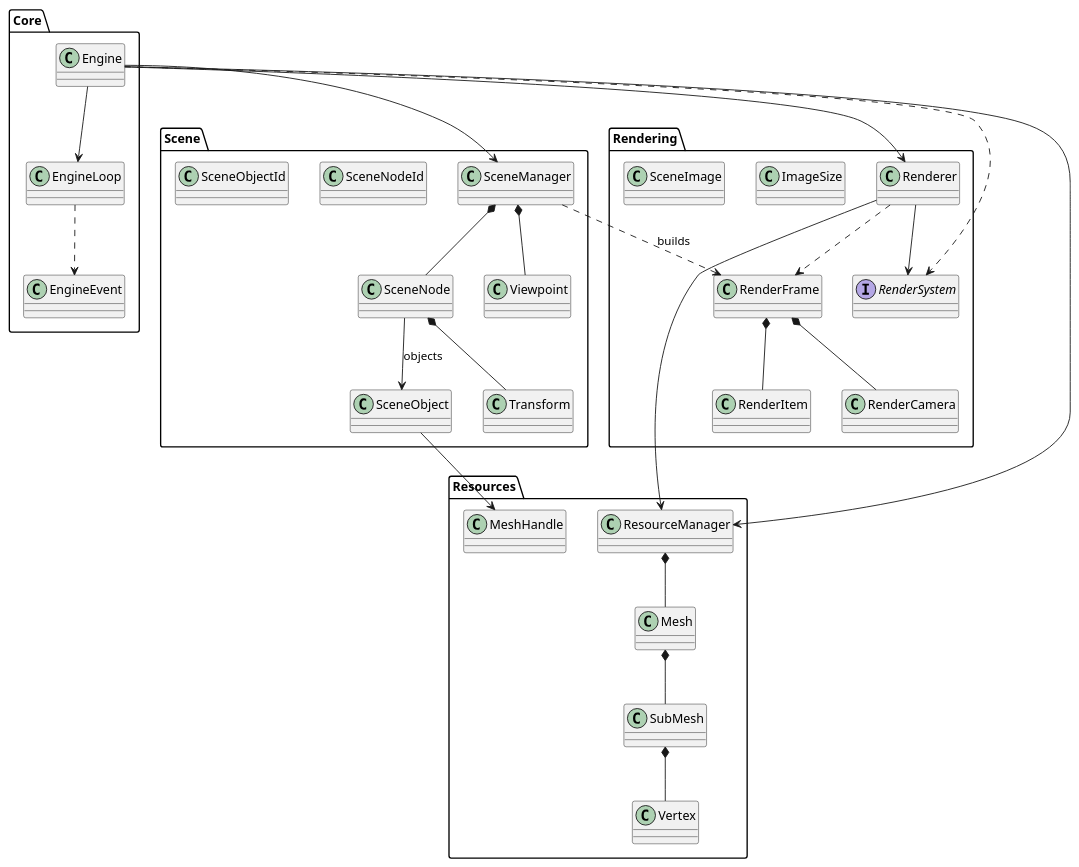
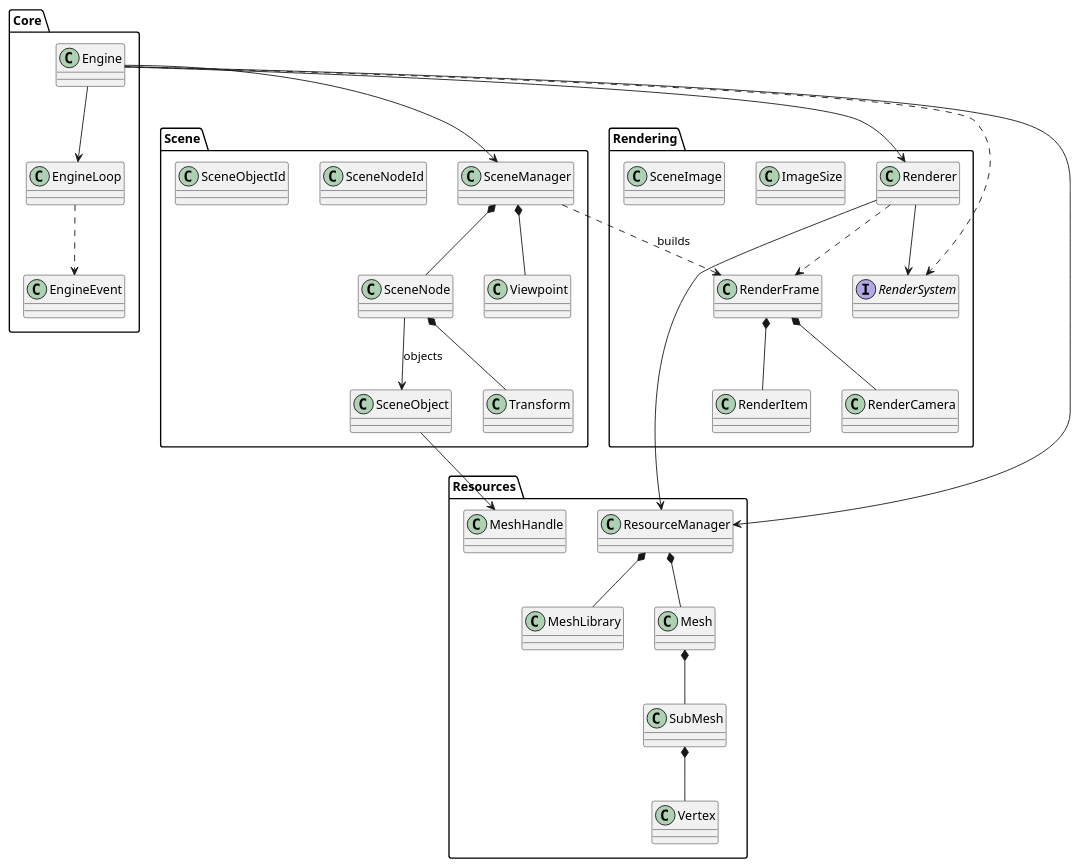
Before and after one commit to BFGEG/BFGE: the first of 5 diagrams in docs/FREAK_Engine_Architecture.md, drawn with PlantUML. The commit also changed other lines of this file, not shown here.

Commit message:
docs: add standart meshes to architecture

````diff
--- a/docs/FREAK_Engine_Architecture.md
+++ b/docs/FREAK_Engine_Architecture.md
@@ -1085,66 +1102,68 @@
 ```plantuml
 @startuml
 
 package Core {
     class Engine
     class EngineLoop
     class EngineEvent
 }
 
 package Scene {
     class SceneManager
     class SceneNode
     class SceneObject
     class Viewpoint
 
     class Transform
     class SceneNodeId
     class SceneObjectId
 }
 
 package Resources {
     class ResourceManager
+    class MeshLibrary
     class Mesh
     class SubMesh
     class Vertex
     class MeshHandle
 }
 
 package Rendering {
     class RenderFrame
     class RenderItem
     class RenderCamera
 
     interface RenderSystem
     class Renderer
     class ImageSize
     class SceneImage
 }
 
 Engine --> SceneManager
 Engine --> ResourceManager
 Engine --> Renderer
 Engine ..> RenderSystem
 Engine --> EngineLoop
 EngineLoop ..> EngineEvent
 
 SceneManager *-- SceneNode
 SceneManager *-- Viewpoint
 SceneNode --> SceneObject : objects
 SceneObject --> MeshHandle
 SceneNode *-- Transform
 
 ResourceManager *-- Mesh
+ResourceManager *-- MeshLibrary
 Mesh *-- SubMesh
 SubMesh *-- Vertex
 
 SceneManager ..> RenderFrame : builds
 RenderFrame *-- RenderItem
 RenderFrame *-- RenderCamera
 
 Renderer --> RenderSystem
 Renderer ..> RenderFrame
 Renderer --> ResourceManager
 
 @enduml
 ```
````
